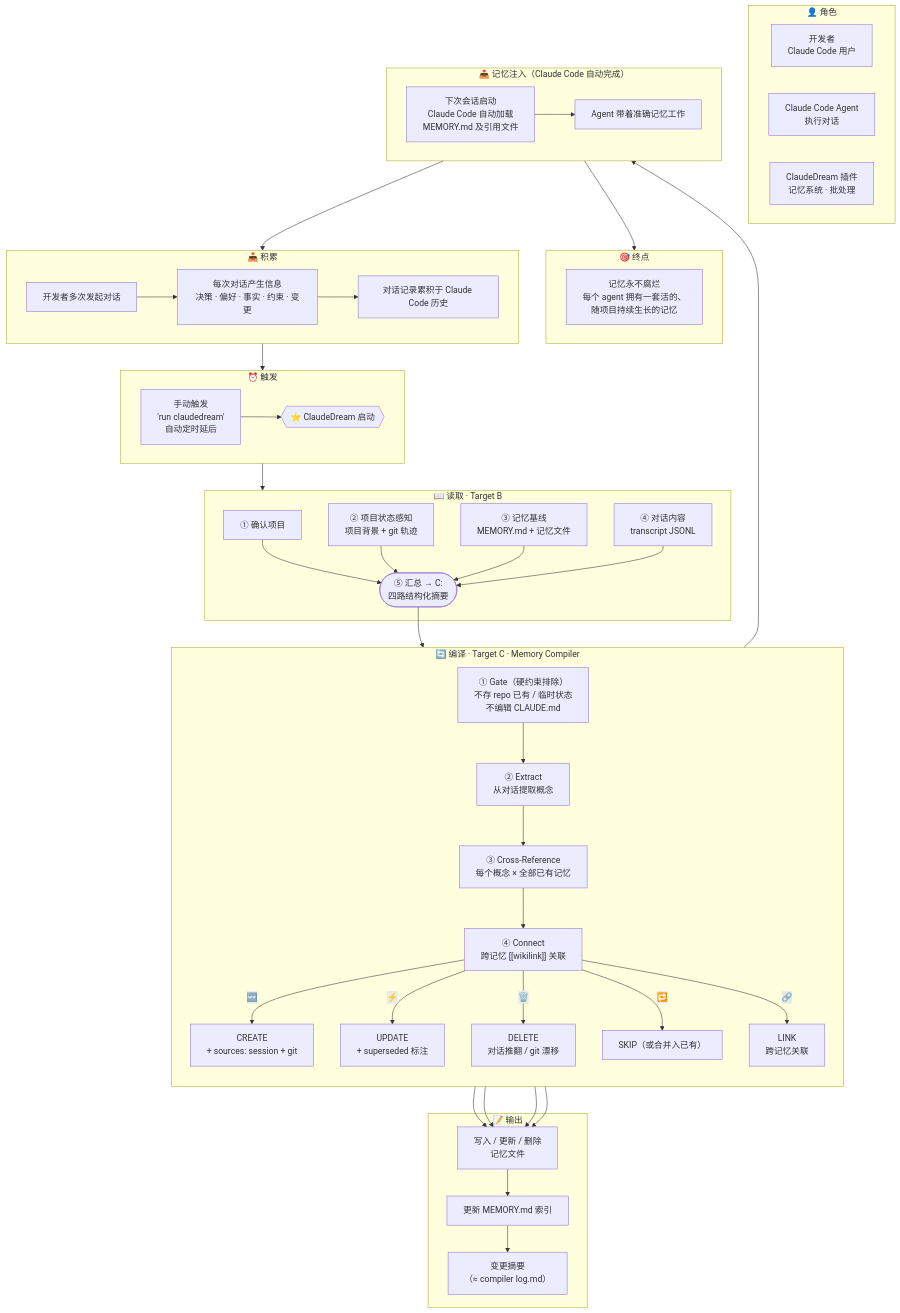
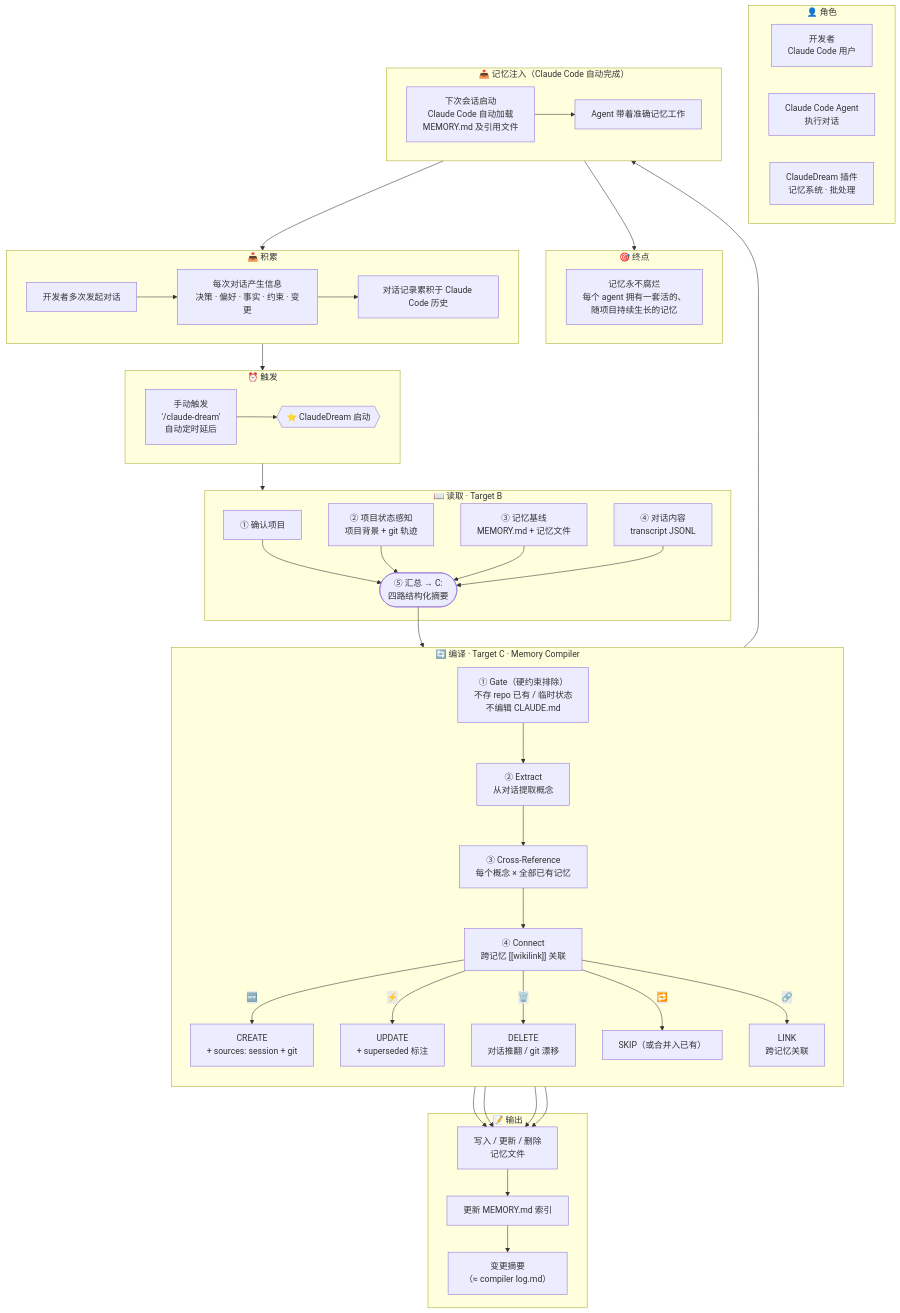
One commit to seapawn1/ClaudeDream changed the diagram in ScrumSprint/Architecture.md. Above: the diagram before and after it, drawn with Mermaid. The commit also changed 11 other files, not shown here.

First line of the commit message:
feat: 改名 claude-dream + marketplace 分发骨架

````diff
--- a/ScrumSprint/Architecture.md
+++ b/ScrumSprint/Architecture.md
@@ -7,65 +7,65 @@
 ```mermaid
 flowchart TB
     subgraph LEFT["👤 角色"]
         DEV["开发者\nClaude Code 用户"]
         AGENT["Claude Code Agent\n执行对话"]
         CD["ClaudeDream 插件\n记忆系统 · 批处理"]
     end
 
     subgraph RIGHT["🎯 终点"]
         GOAL["记忆永不腐烂\n每个 agent 拥有一套活的、\n随项目持续生长的记忆"]
     end
 
     subgraph ACCUM["📥 积累"]
         A1["开发者多次发起对话"] --> A2["每次对话产生信息\n决策 · 偏好 · 事实 · 约束 · 变更"]
         A2 --> A3["对话记录累积于 Claude Code 历史"]
     end
 
     subgraph TRIGGER["⏰ 触发"]
-        T1["手动触发\n'run claudedream'\n自动定时延后"]
+        T1["手动触发\n'/claude-dream'\n自动定时延后"]
         T2{{"⭐ ClaudeDream 启动"}}
         T1 --> T2
     end
 
     subgraph READ["📖 读取 · Target B"]
         R1["① 确认项目"]
         R2["② 项目状态感知\n项目背景 + git 轨迹"]
         R3["③ 记忆基线\nMEMORY.md + 记忆文件"]
         R4["④ 对话内容\ntranscript JSONL"]
         R1 & R2 & R3 & R4 --> R0(["⑤ 汇总 → C:\n四路结构化摘要"])
     end
 
     subgraph COMPILE["🔄 编译 · Target C · Memory Compiler"]
         direction TB
         GATE["① Gate（硬约束排除）\n不存 repo 已有 / 临时状态\n不编辑 CLAUDE.md"]
         EXTRACT["② Extract\n从对话提取概念"]
         XREF["③ Cross-Reference\n每个概念 × 全部已有记忆"]
         CONN["④ Connect\n跨记忆 [[wikilink]] 关联"]
         R0 --> GATE --> EXTRACT --> XREF --> CONN
         CONN -->|"🆕"| C1["CREATE\n+ sources: session + git"]
         CONN -->|"⚡"| C2["UPDATE\n+ superseded 标注"]
         CONN -->|"🗑️"| C3["DELETE\n对话推翻 / git 漂移"]
         CONN -->|"🔁"| C4["SKIP（或合并入已有）"]
         CONN -->|"🔗"| C5["LINK\n跨记忆关联"]
     end
 
     subgraph OUTPUT["📝 输出"]
         O1["写入 / 更新 / 删除\n记忆文件"]
         O2["更新 MEMORY.md 索引"]
         O3["变更摘要\n（≈ compiler log.md）"]
         C1 --> O1 --> O2 --> O3
         C2 --> O1
         C3 --> O1
         C5 --> O1
     end
 
     subgraph INJECT["📤 记忆注入（Claude Code 自动完成）"]
         I1["下次会话启动\nClaude Code 自动加载\nMEMORY.md 及引用文件"] --> I2["Agent 带着准确记忆工作"]
     end
 
     ACCUM --> TRIGGER
     TRIGGER --> READ
     COMPILE --> INJECT
     INJECT --> ACCUM
     INJECT --> RIGHT
 ```
````
